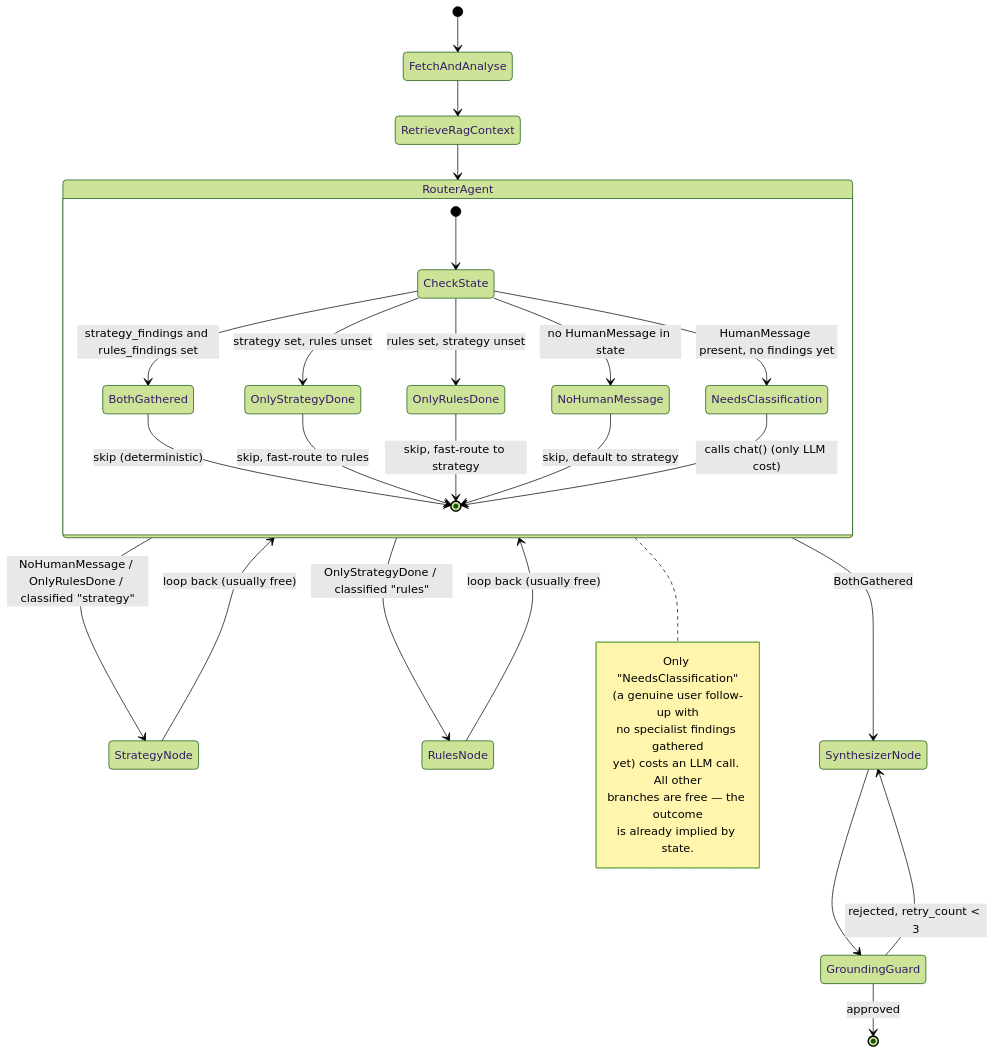
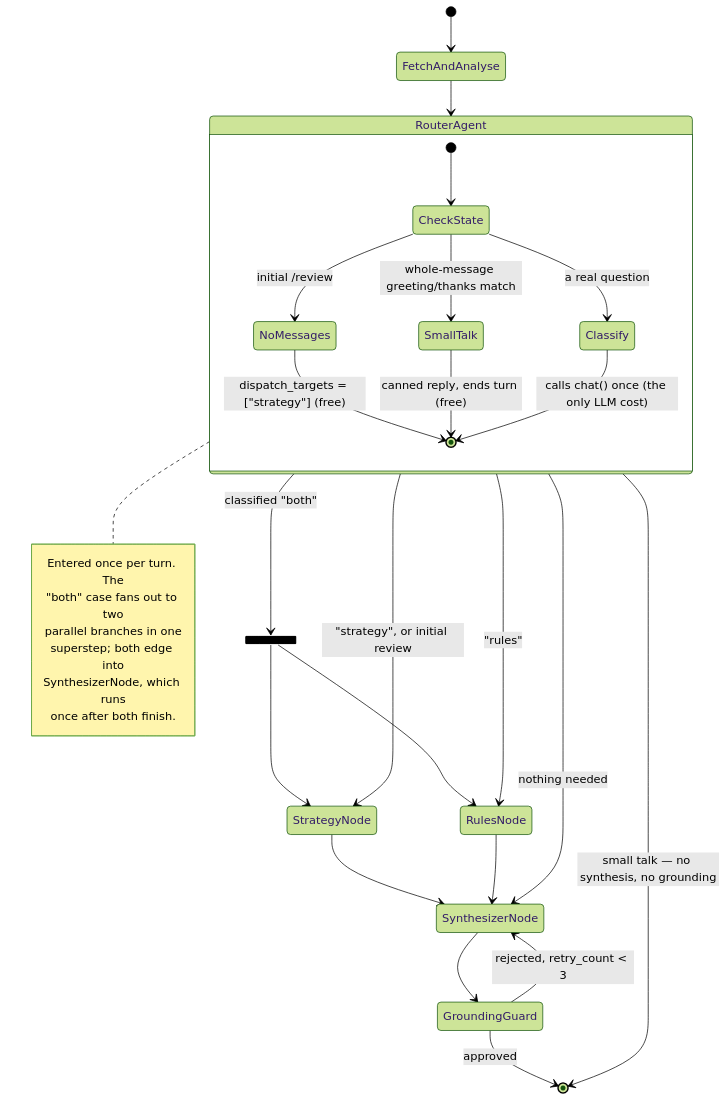
The third of 7 diagrams in docs/ARCHITECTURE.md (rakeshnetdev/AIEC01_CERT_CHLG_GRANDMATE), drawn with Mermaid (forest theme) before and after one commit. The commit also changed other lines of this file and 6 other files, not shown here.

````diff
--- a/docs/ARCHITECTURE.md
+++ b/docs/ARCHITECTURE.md
@@ -159,41 +127,42 @@
 ```mermaid
 stateDiagram-v2
     [*] --> FetchAndAnalyse
-    FetchAndAnalyse --> RetrieveRagContext
-    RetrieveRagContext --> RouterAgent
+    FetchAndAnalyse --> RouterAgent
 
     state RouterAgent {
         [*] --> CheckState
-        CheckState --> BothGathered: strategy_findings and rules_findings set
-        CheckState --> OnlyStrategyDone: strategy set, rules unset
-        CheckState --> OnlyRulesDone: rules set, strategy unset
-        CheckState --> NoHumanMessage: no HumanMessage in state
-        CheckState --> NeedsClassification: HumanMessage present, no findings yet
+        CheckState --> NoMessages: initial /review
+        CheckState --> SmallTalk: whole-message greeting/thanks match
+        CheckState --> Classify: a real question
 
-        BothGathered --> [*]: skip (deterministic)
-        OnlyStrategyDone --> [*]: skip, fast-route to rules
-        OnlyRulesDone --> [*]: skip, fast-route to strategy
-        NoHumanMessage --> [*]: skip, default to strategy
-        NeedsClassification --> [*]: calls chat() (only LLM cost)
+        NoMessages --> [*]: dispatch_targets = ["strategy"] (free)
+        SmallTalk --> [*]: canned reply, ends turn (free)
+        Classify --> [*]: calls chat() once (the only LLM cost)
     }
 
-    RouterAgent --> StrategyNode: NoHumanMessage / OnlyRulesDone / classified "strategy"
-    RouterAgent --> RulesNode: OnlyStrategyDone / classified "rules"
-    RouterAgent --> SynthesizerNode: BothGathered
+    RouterAgent --> [*]: small talk — no synthesis, no grounding
+    RouterAgent --> StrategyNode: "strategy", or initial review
+    RouterAgent --> RulesNode: "rules"
+    RouterAgent --> SynthesizerNode: nothing needed
 
-    StrategyNode --> RouterAgent: loop back (usually free)
-    RulesNode --> RouterAgent: loop back (usually free)
+    state Both <<fork>>
+    RouterAgent --> Both: classified "both"
+    Both --> StrategyNode
+    Both --> RulesNode
+
+    StrategyNode --> SynthesizerNode
+    RulesNode --> SynthesizerNode
 
     SynthesizerNode --> GroundingGuard
     GroundingGuard --> [*]: approved
     GroundingGuard --> SynthesizerNode: rejected, retry_count < 3
 
     note right of RouterAgent
-        Only "NeedsClassification"
-        (a genuine user follow-up with
-        no specialist findings gathered
-        yet) costs an LLM call. All other
-        branches are free — the outcome
-        is already implied by state.
+        Entered once per turn. The
+        "both" case fans out to two
+        parallel branches in one
+        superstep; both edge into
+        SynthesizerNode, which runs
+        once after both finish.
     end note
 ```
````
